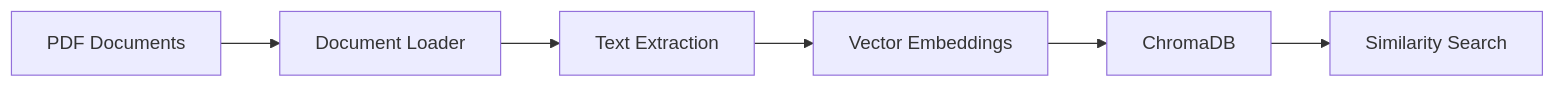
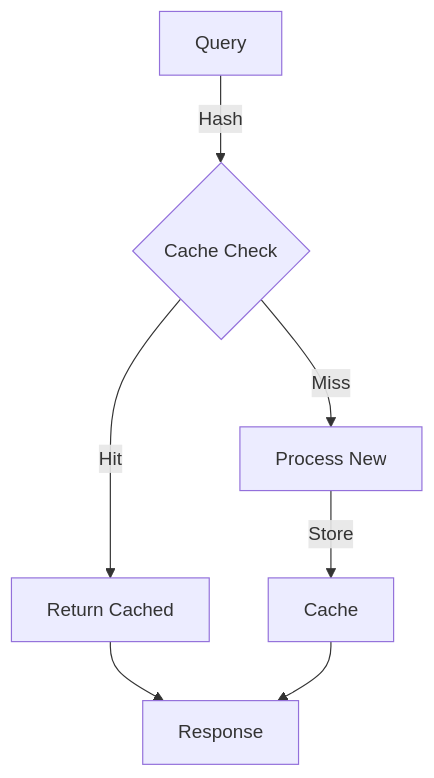
The fifth of 8 diagrams in README.md (srikrishnavansi/Multi_Agent-Legal-chatbot), drawn with Mermaid before and after one commit. The commit also changed other lines of this file, not shown here.

````diff
--- a/README.md
+++ b/README.md
@@ -123,8 +147,9 @@
 ```mermaid
-graph LR
-    A[PDF Documents] --> B[Document Loader]
-    B --> C[Text Extraction]
-    C --> D[Vector Embeddings]
-    D --> E[ChromaDB]
-    E --> F[Similarity Search]
+flowchart TB
+    A[Query] -->|Hash| B{Cache Check}
+    B -->|Hit| C[Return Cached]
+    B -->|Miss| D[Process New]
+    D -->|Store| E[Cache]
+    C -->F[Response]
+    E -->F
 ```
````
